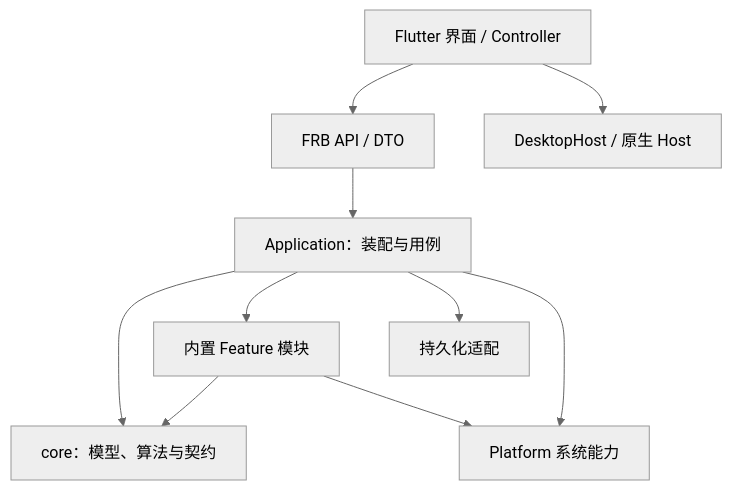
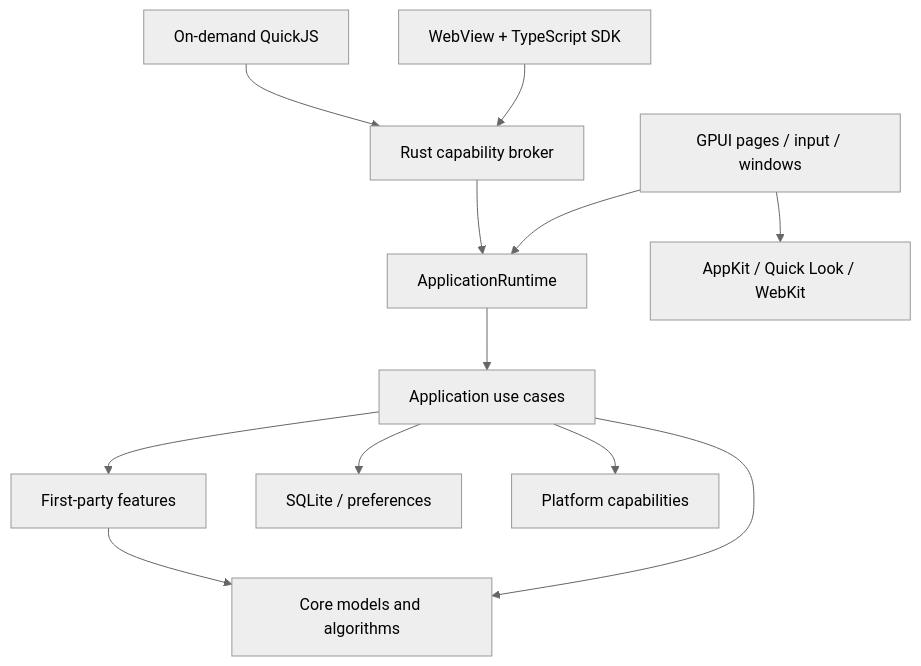
The diagram in docs/architecture.md (FantasyDream/Anywhere), drawn with Mermaid (neutral theme) before and after one commit. The commit also changed other lines of this file and 467 other files, not shown here.

Commit message:
refactor: migrate Anywhere from Flutter to GPUI

````diff
--- a/docs/architecture.md
+++ b/docs/architecture.md
@@ -11,12 +13,14 @@
 ```mermaid
 flowchart TD
-    UI[Flutter 界面 / Controller] --> Bridge[FRB API / DTO]
-    UI --> Host[DesktopHost / 原生 Host]
-    Bridge --> App[Application：装配与用例]
-    App --> Core[core：模型、算法与契约]
-    App --> Modules[内置 Feature 模块]
-    Modules --> Core
-    App --> Persistence[持久化适配]
-    App --> Platform[Platform 系统能力]
-    Modules --> Platform
+    GPUI[GPUI pages / input / windows] --> Runtime[ApplicationRuntime]
+    Runtime --> Application[Application use cases]
+    Application --> Core[Core models and algorithms]
+    Application --> Features[First-party features]
+    Features --> Core
+    Application --> Persistence[SQLite / preferences]
+    Application --> Platform[Platform capabilities]
+    GPUI --> Native[AppKit / Quick Look / WebKit]
+    Web[WebView + TypeScript SDK] --> Broker[Rust capability broker]
+    Background[On-demand QuickJS] --> Broker
+    Broker --> Runtime
 ```
````
